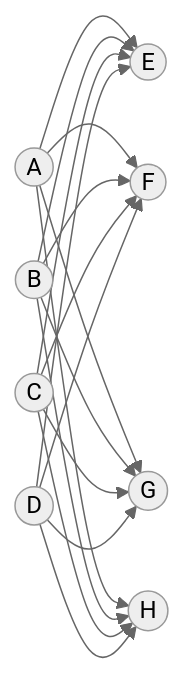
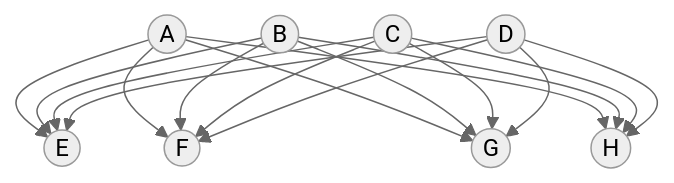
One commit to Arannamoy-Mondal/NLP-MLOPS changed the second of 2 diagrams in DL/ANN.md. Above: the diagram before and after it, drawn with Mermaid (neutral theme).

Commit message:
upd:ANN.md

````diff
--- a/DL/ANN.md
+++ b/DL/ANN.md
@@ -12,19 +12,19 @@
 ```mermaid
-graph LR;
+graph TD;
   A((A)) --> E((E))
   A((A)) --> F((F))
   A((A)) --> G((G))
   A((A)) --> H((H))
   B((B)) --> E((E))
   B((B)) --> F((F))
   B((B)) --> G((G))
   B((B)) --> H((H))
   C((C)) --> E((E))
   C((C)) --> F((F))
   C((C)) --> G((G))
   C((C)) --> H((H))
   D((D)) --> E((E))
   D((D)) --> F((F))
   D((D)) --> G((G))
   D((D)) --> H((H))
 ```
````
